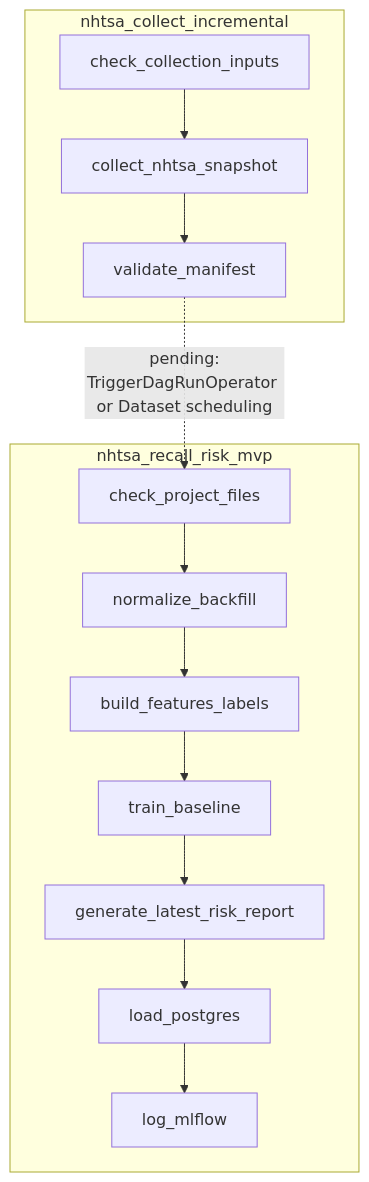
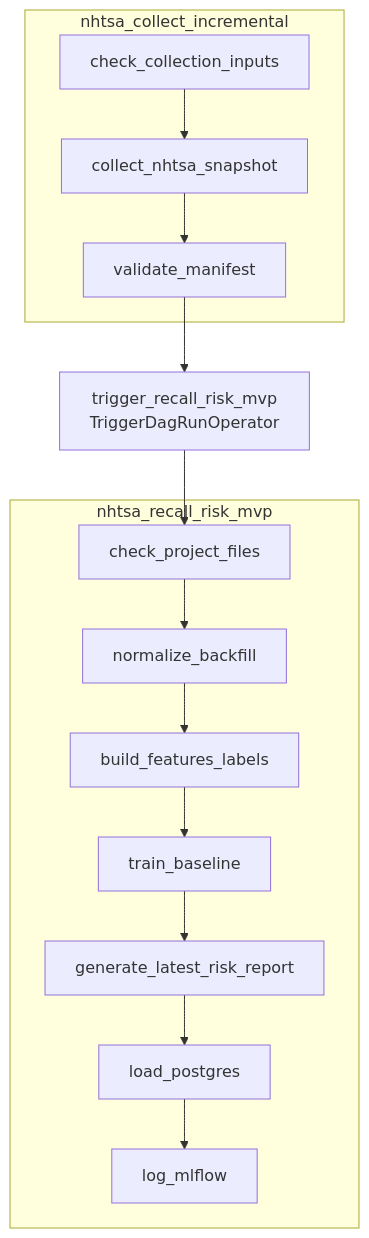
The second of 5 diagrams in docs/ARCHITECTURE_VISUALIZATION.md (belucent0/vehicle-recall-risk-mlops), drawn with Mermaid before and after one commit. The commit also changed other lines of this file and 9 other files, not shown here.

````diff
--- a/docs/ARCHITECTURE_VISUALIZATION.md
+++ b/docs/ARCHITECTURE_VISUALIZATION.md
@@ -115,22 +116,23 @@
 ```mermaid
 flowchart TB
     subgraph collect["nhtsa_collect_incremental"]
         a["check_collection_inputs"]
         b["collect_nhtsa_snapshot"]
         c["validate_manifest"]
         a --> b --> c
     end
 
     subgraph process["nhtsa_recall_risk_mvp"]
         p0["check_project_files"]
         p1["normalize_backfill"]
         p2["build_features_labels"]
         p3["train_baseline"]
         p4["generate_latest_risk_report"]
         p5["load_postgres"]
         p6["log_mlflow"]
         p0 --> p1 --> p2 --> p3 --> p4 --> p5 --> p6
     end
 
-    c -. "pending:<br/>TriggerDagRunOperator or Dataset scheduling" .-> p0
+    c --> t["trigger_recall_risk_mvp<br/>TriggerDagRunOperator"]
+    t --> p0
 ```
````
